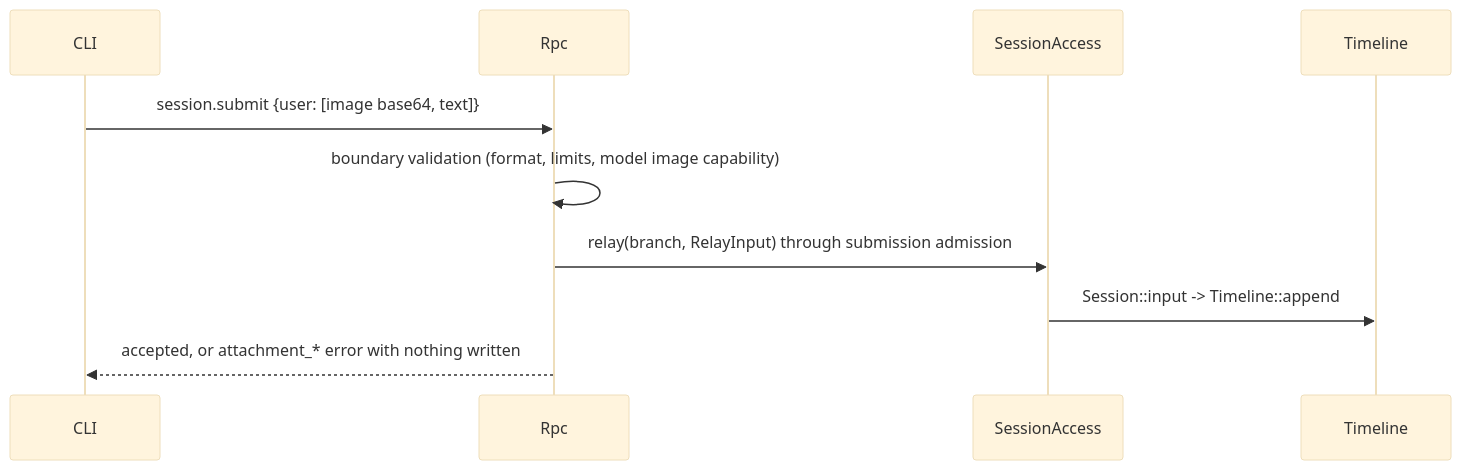
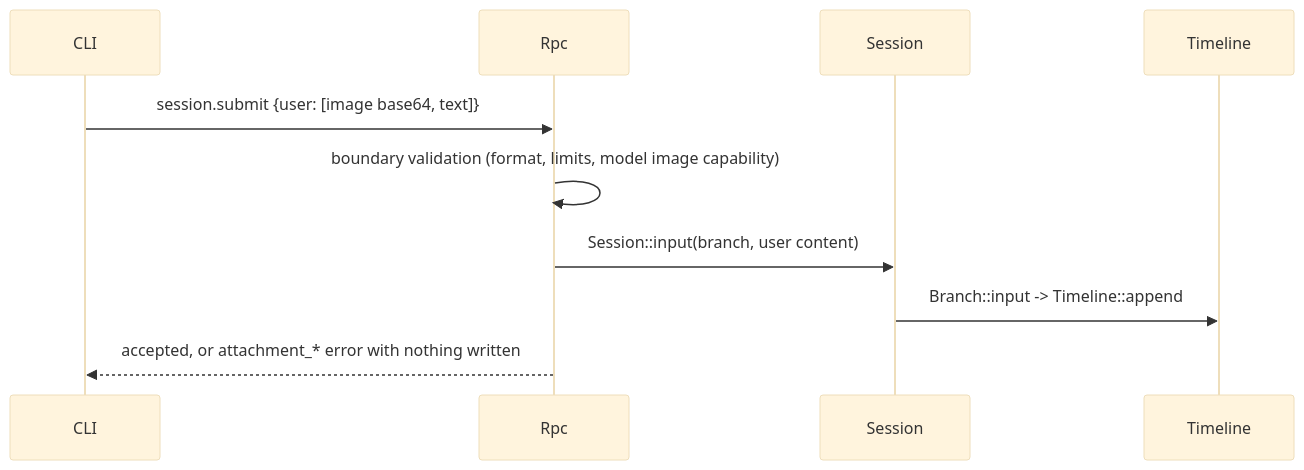
The third of 4 diagrams in docs/design/plugins/Attachments.md (CoutinhoTTS/dim-agent), drawn with Mermaid (base theme) before and after one commit. The commit also changed other lines of this file and 3 other files, not shown here.

````diff
--- a/docs/design/plugins/Attachments.md
+++ b/docs/design/plugins/Attachments.md
@@ -63,12 +60,12 @@
 ```mermaid
 sequenceDiagram
   participant C as CLI
   participant R as Rpc
-  participant SA as SessionAccess
+  participant SA as Session
   participant TL as Timeline
   C->>R: session.submit {user: [image base64, text]}
   R->>R: boundary validation (format, limits, model image capability)
-  R->>SA: relay(branch, RelayInput) through submission admission
-  SA->>TL: Session::input -> Timeline::append
+  R->>SA: Session::input(branch, user content)
+  SA->>TL: Branch::input -> Timeline::append
   R-->>C: accepted, or attachment_* error with nothing written
 ```
````
